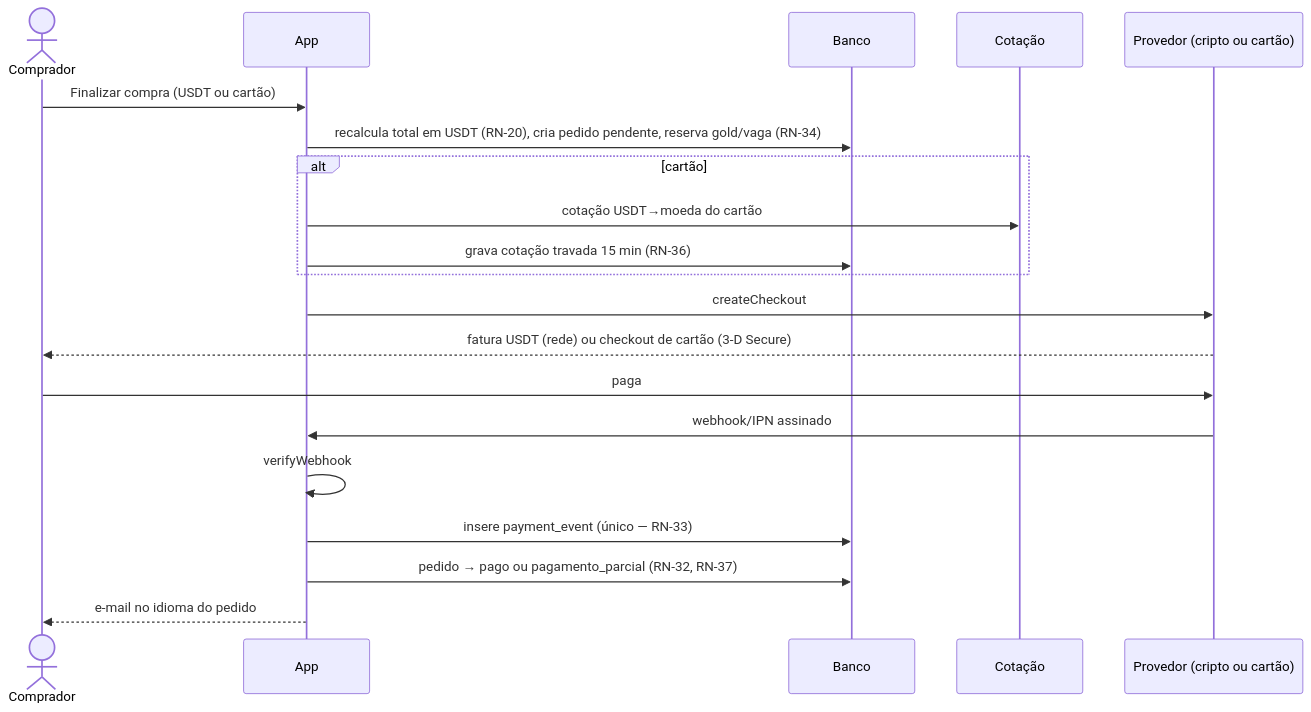
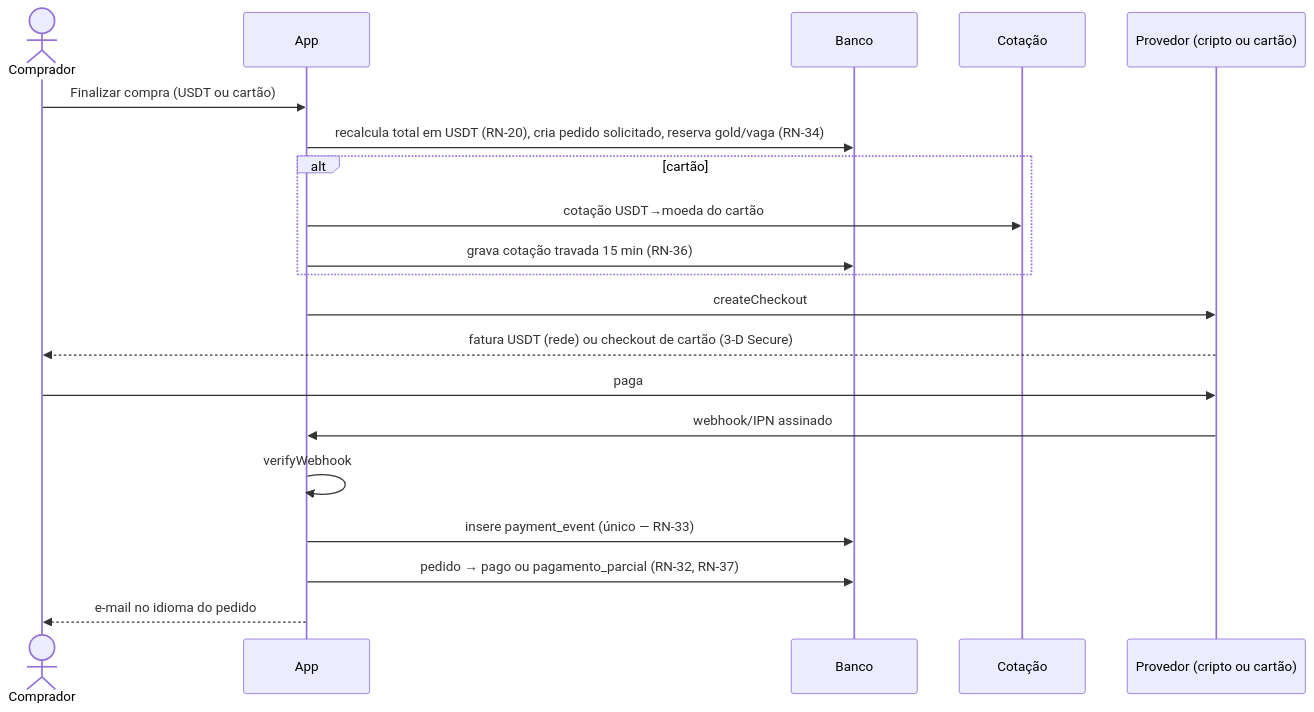
Before and after one commit to abeeyh/shop: the third of 7 diagrams in docs/06-uml.md, drawn with Mermaid. The commit also changed other lines of this file and 37 other files, not shown here.

````diff
--- a/docs/06-uml.md
+++ b/docs/06-uml.md
@@ -206,22 +206,22 @@
 ```mermaid
 sequenceDiagram
   actor U as Comprador
   participant W as App
   participant DB as Banco
   participant FX as Cotação
   participant P as Provedor (cripto ou cartão)
   U->>W: Finalizar compra (USDT ou cartão)
-  W->>DB: recalcula total em USDT (RN-20), cria pedido pendente, reserva gold/vaga (RN-34)
+  W->>DB: recalcula total em USDT (RN-20), cria pedido solicitado, reserva gold/vaga (RN-34)
   alt cartão
     W->>FX: cotação USDT→moeda do cartão
     W->>DB: grava cotação travada 15 min (RN-36)
   end
   W->>P: createCheckout
   P-->>U: fatura USDT (rede) ou checkout de cartão (3-D Secure)
   U->>P: paga
   P->>W: webhook/IPN assinado
   W->>W: verifyWebhook
   W->>DB: insere payment_event (único — RN-33)
   W->>DB: pedido → pago ou pagamento_parcial (RN-32, RN-37)
   W-->>U: e-mail no idioma do pedido
 ```
````
